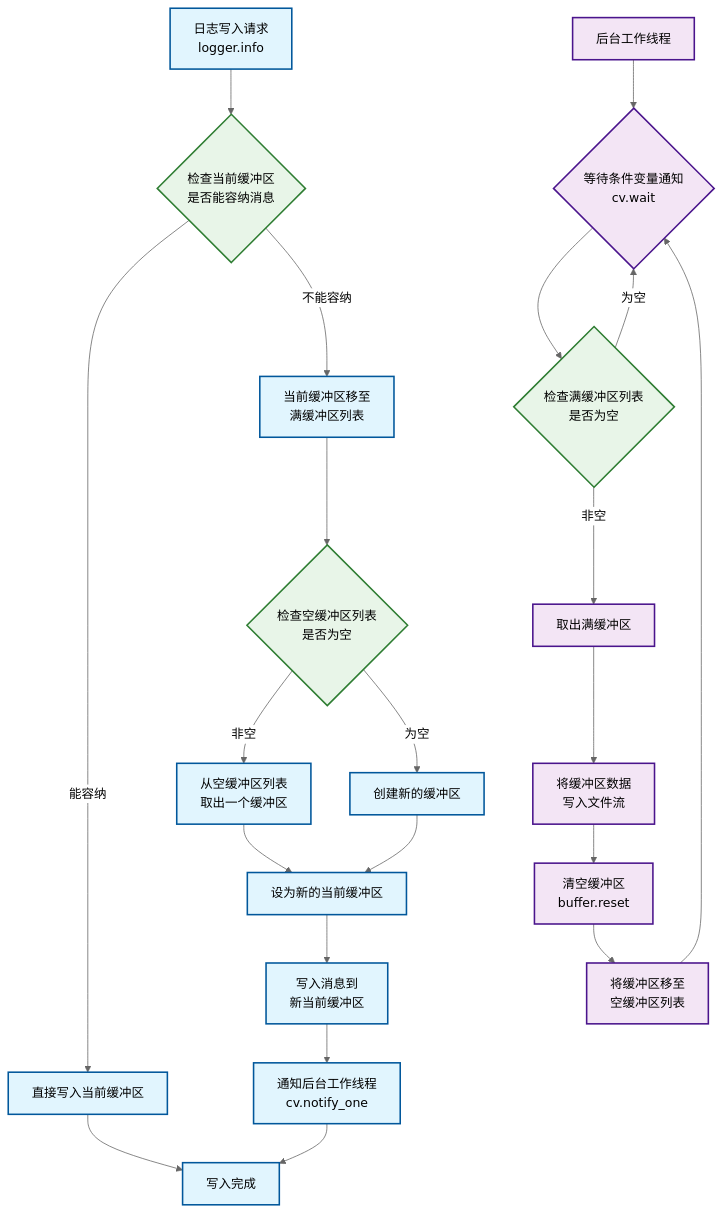
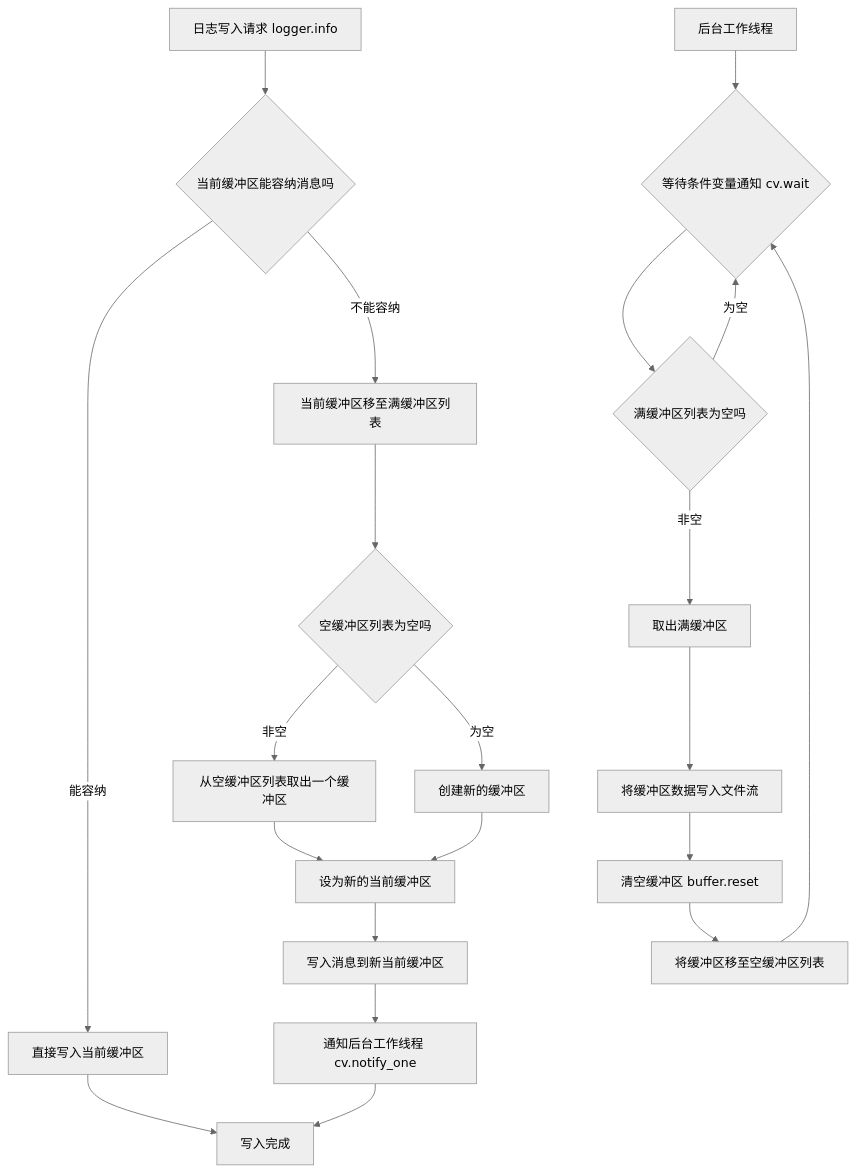
One commit to GingerNan/FastLog changed the first of 2 diagrams in readme.md. Above: the diagram before and after it, drawn with Mermaid (neutral theme).

Commit message:
修复readme的渲染失败问题

````diff
--- a/readme.md
+++ b/readme.md
@@ -217,41 +217,30 @@
 ```mermaid
-graph TD
-    A[日志写入请求<br/>logger.info] --> B{检查当前缓冲区<br/>是否能容纳消息}
-  
-    B -->|能容纳| C[直接写入当前缓冲区]
+flowchart TD
+    A["日志写入请求 logger.info"] --> B{"当前缓冲区能容纳消息吗"}
+
+    B -- "能容纳" --> C["直接写入当前缓冲区"]
     C --> D[写入完成]
-  
-    B -->|不能容纳| E[当前缓冲区移至<br/>满缓冲区列表]
-    E --> F{检查空缓冲区列表<br/>是否为空}
-  
-    F -->|非空| G[从空缓冲区列表<br/>取出一个缓冲区]
-    F -->|为空| H[创建新的缓冲区]
-  
-    G --> I[设为新的当前缓冲区]
+
+    B -- "不能容纳" --> E["当前缓冲区移至满缓冲区列表"]
+    E --> F{"空缓冲区列表为空吗"}
+
+    F -- "非空" --> G["从空缓冲区列表取出一个缓冲区"]
+    F -- "为空" --> H["创建新的缓冲区"]
+
+    G --> I["设为新的当前缓冲区"]
     H --> I
-  
-    I --> J[写入消息到<br/>新当前缓冲区]
-    J --> K[通知后台工作线程<br/>cv.notify_one]
+
+    I --> J["写入消息到新当前缓冲区"]
+    J --> K["通知后台工作线程 cv.notify_one"]
     K --> D
-  
-    %% 后台线程处理流程
-    L[后台工作线程] --> M{等待条件变量通知<br/>cv.wait}
-    M --> N{检查满缓冲区列表<br/>是否为空}
-  
-    N -->|为空| M
-    N -->|非空| O[取出满缓冲区]
-    O --> P[将缓冲区数据<br/>写入文件流]
-    P --> Q[清空缓冲区<br/>buffer.reset]
-    Q --> R[将缓冲区移至<br/>空缓冲区列表]
+
+    L["后台工作线程"] --> M{"等待条件变量通知 cv.wait"}
+    M --> N{"满缓冲区列表为空吗"}
+
+    N -- "为空" --> M
+    N -- "非空" --> O["取出满缓冲区"]
+    O --> P["将缓冲区数据写入文件流"]
+    P --> Q["清空缓冲区 buffer.reset"]
+    Q --> R["将缓冲区移至空缓冲区列表"]
     R --> M
-  
-    %% 样式定义
-    classDef frontThread fill:#e1f5fe,stroke:#01579b,stroke-width:2px
-    classDef backThread fill:#f3e5f5,stroke:#4a148c,stroke-width:2px
-    classDef buffer fill:#fff3e0,stroke:#e65100,stroke-width:2px
-    classDef decision fill:#e8f5e8,stroke:#2e7d32,stroke-width:2px
-  
-    class A,B,C,D,E,F,G,H,I,J,K frontThread
-    class L,M,N,O,P,Q,R backThread
-    class B,F,N decision
 ```
````
